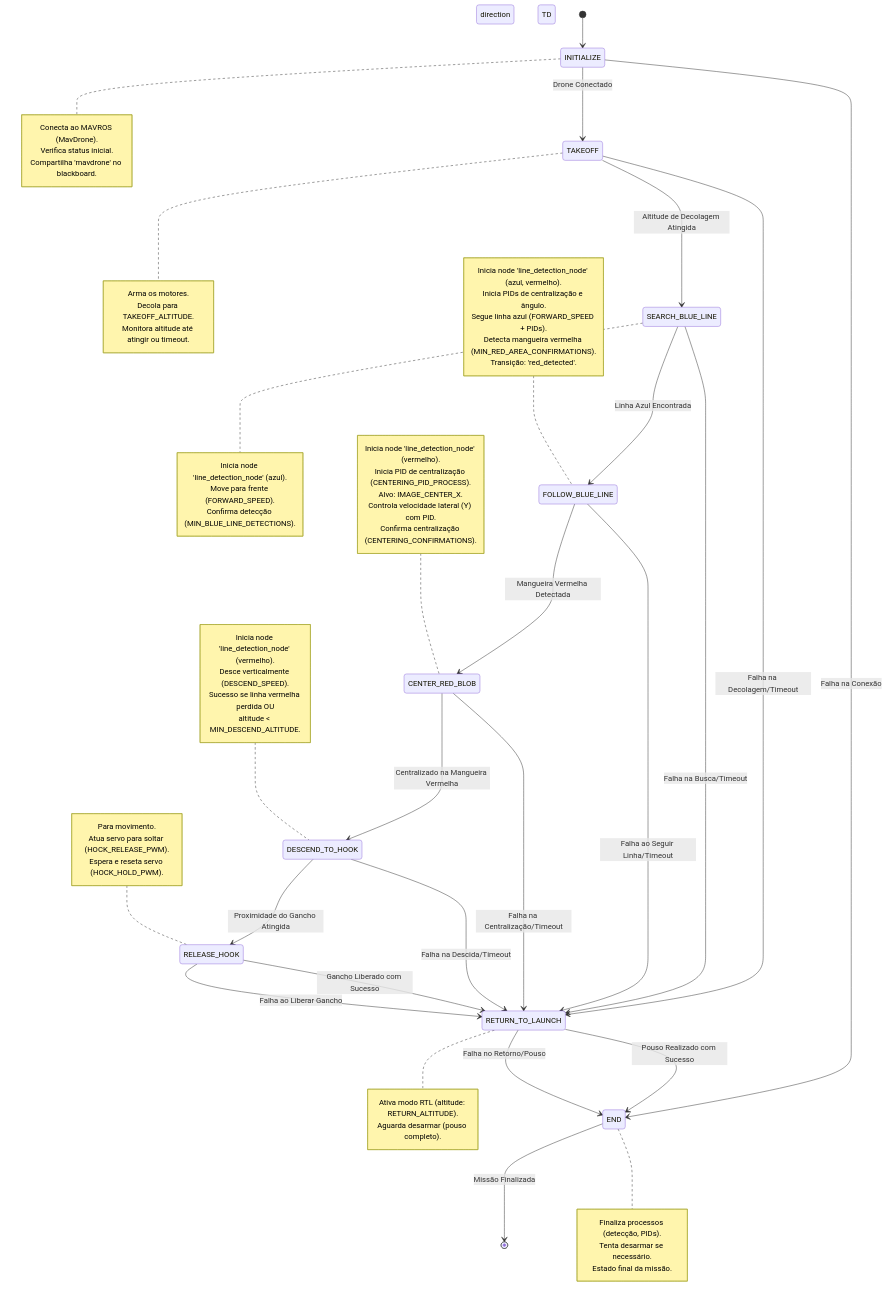
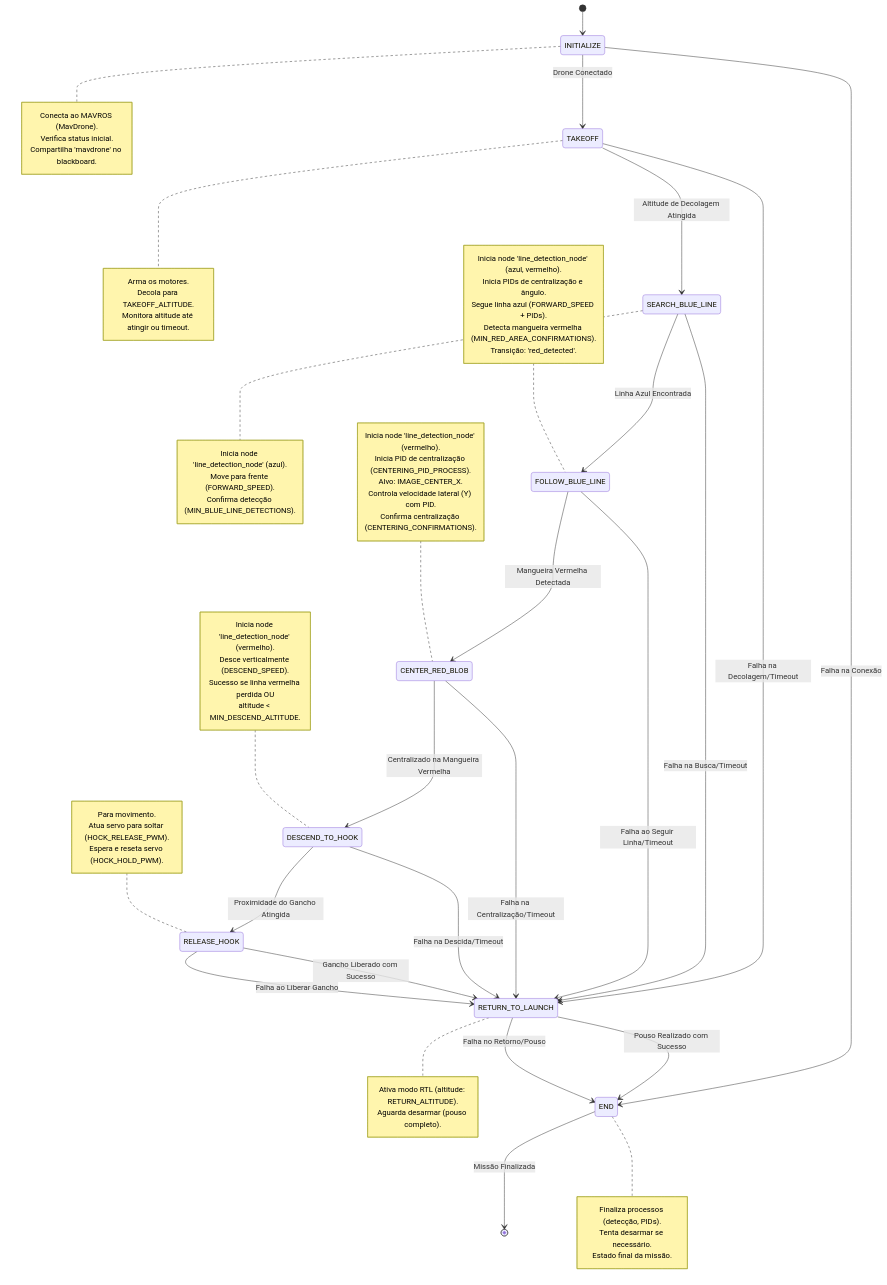
Before and after one commit to Black-Bee-Drones/SAE-Eletroquad: the diagram in README.md, drawn with Mermaid.

Commit message:
docs: remove redundant direction from state machine diagram in README

````diff
--- a/README.md
+++ b/README.md
@@ -18,82 +18,81 @@
 ```mermaid
 stateDiagram-v2
-    direction TD
 
     [*] --> INITIALIZE
 
     INITIALIZE --> TAKEOFF : Drone Conectado
     INITIALIZE --> END : Falha na Conexão
 
     TAKEOFF --> SEARCH_BLUE_LINE : Altitude de Decolagem Atingida
     TAKEOFF --> RETURN_TO_LAUNCH : Falha na Decolagem/Timeout
 
     SEARCH_BLUE_LINE --> FOLLOW_BLUE_LINE : Linha Azul Encontrada
     SEARCH_BLUE_LINE --> RETURN_TO_LAUNCH : Falha na Busca/Timeout
 
     FOLLOW_BLUE_LINE --> CENTER_RED_BLOB : Mangueira Vermelha Detectada
     FOLLOW_BLUE_LINE --> RETURN_TO_LAUNCH : Falha ao Seguir Linha/Timeout
 
     CENTER_RED_BLOB --> DESCEND_TO_HOOK : Centralizado na Mangueira Vermelha
     CENTER_RED_BLOB --> RETURN_TO_LAUNCH : Falha na Centralização/Timeout
 
     DESCEND_TO_HOOK --> RELEASE_HOOK : Proximidade do Gancho Atingida
     DESCEND_TO_HOOK --> RETURN_TO_LAUNCH : Falha na Descida/Timeout
 
     RELEASE_HOOK --> RETURN_TO_LAUNCH : Gancho Liberado com Sucesso
     RELEASE_HOOK --> RETURN_TO_LAUNCH : Falha ao Liberar Gancho
 
     RETURN_TO_LAUNCH --> END : Pouso Realizado com Sucesso
     RETURN_TO_LAUNCH --> END : Falha no Retorno/Pouso
 
     END --> [*] : Missão Finalizada
 
     note right of INITIALIZE
         Conecta ao MAVROS (MavDrone).
         Verifica status inicial.
         Compartilha 'mavdrone' no blackboard.
     end note
     note right of TAKEOFF
         Arma os motores.
         Decola para TAKEOFF_ALTITUDE.
         Monitora altitude até atingir ou timeout.
     end note
     note right of SEARCH_BLUE_LINE
         Inicia node 'line_detection_node' (azul).
         Move para frente (FORWARD_SPEED).
         Confirma detecção (MIN_BLUE_LINE_DETECTIONS).
     end note
     note left of FOLLOW_BLUE_LINE
         Inicia node 'line_detection_node' (azul, vermelho).
         Inicia PIDs de centralização e ângulo.
         Segue linha azul (FORWARD_SPEED + PIDs).
         Detecta mangueira vermelha (MIN_RED_AREA_CONFIRMATIONS).
         Transição: 'red_detected'.
     end note
     note left of CENTER_RED_BLOB
         Inicia node 'line_detection_node' (vermelho).
         Inicia PID de centralização (CENTERING_PID_PROCESS).
         Alvo: IMAGE_CENTER_X.
         Controla velocidade lateral (Y) com PID.
         Confirma centralização (CENTERING_CONFIRMATIONS).
     end note
     note left of DESCEND_TO_HOOK
         Inicia node 'line_detection_node' (vermelho).
         Desce verticalmente (DESCEND_SPEED).
         Sucesso se linha vermelha perdida OU
         altitude < MIN_DESCEND_ALTITUDE.
     end note
     note left of RELEASE_HOOK
         Para movimento.
         Atua servo para soltar (HOCK_RELEASE_PWM).
         Espera e reseta servo (HOCK_HOLD_PWM).
     end note
     note right of RETURN_TO_LAUNCH
         Ativa modo RTL (altitude: RETURN_ALTITUDE).
         Aguarda desarmar (pouso completo).
     end note
     note right of END
         Finaliza processos (detecção, PIDs).
         Tenta desarmar se necessário.
         Estado final da missão.
     end note
 ```
````
